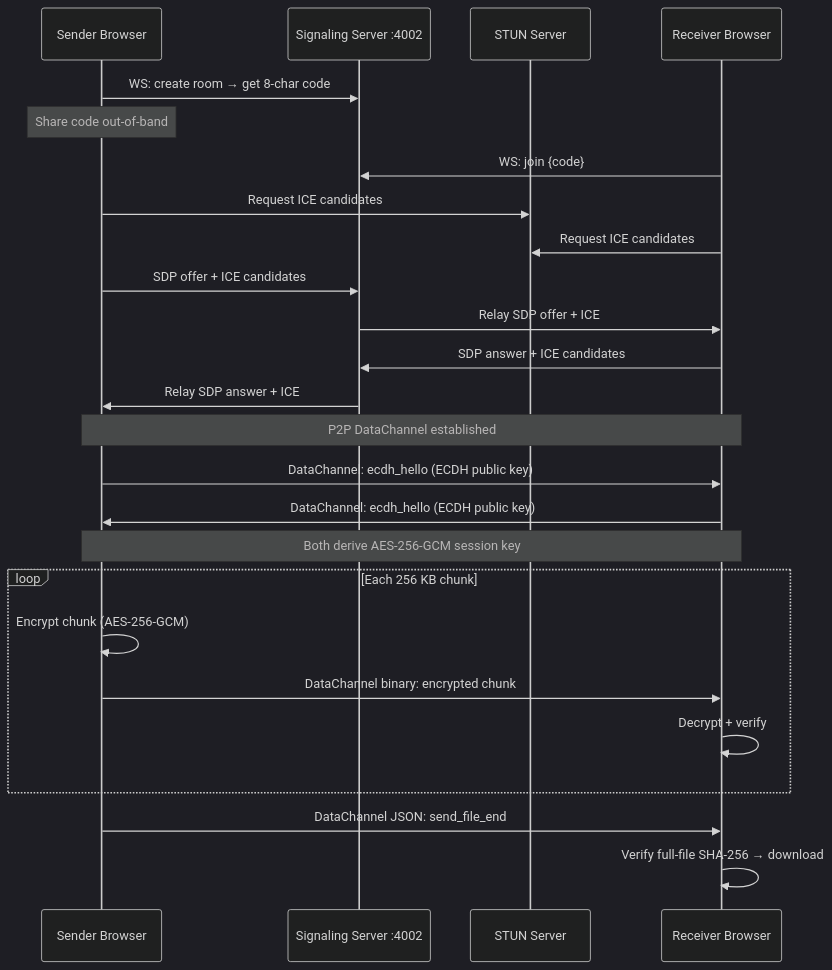
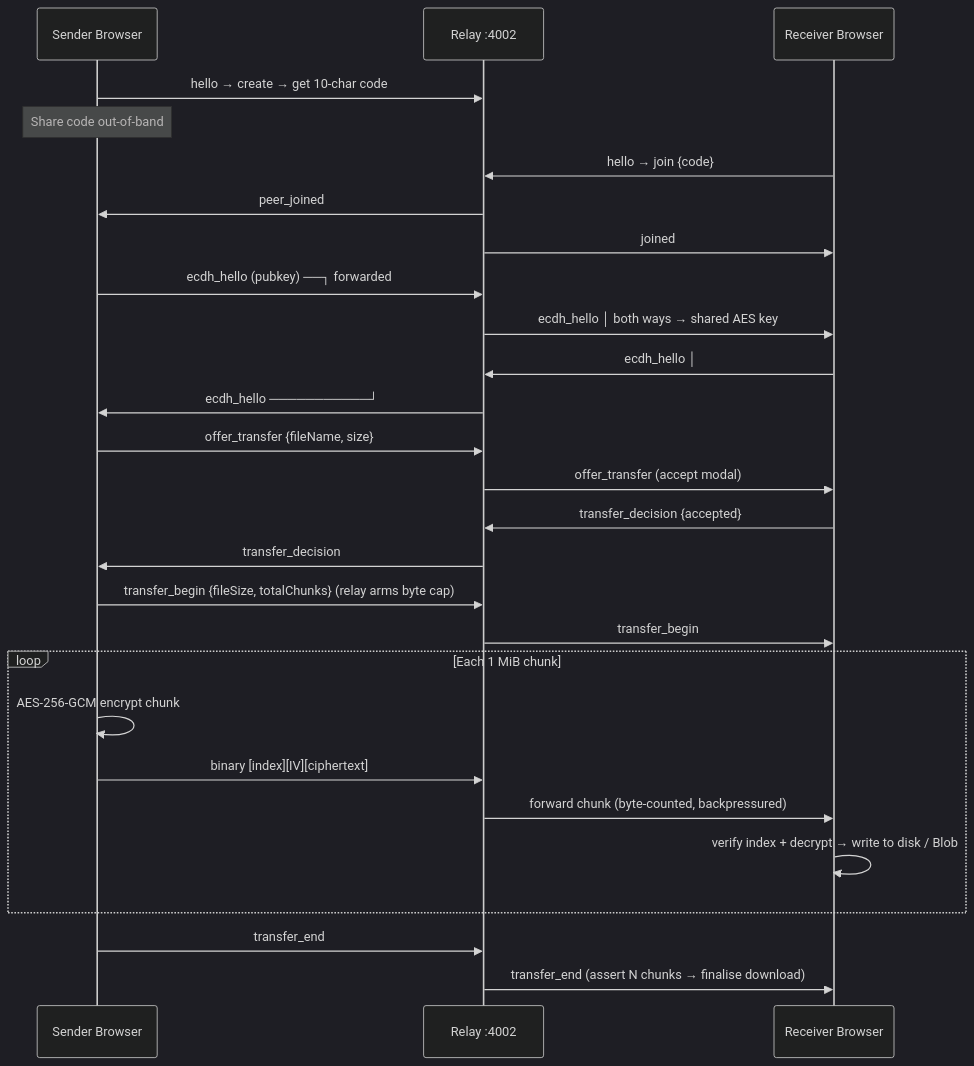
One commit to AbhishekKhot/NexDrop changed the second of 2 diagrams in README.md. Above: the diagram before and after it, drawn with Mermaid (dark theme). The commit also changed other lines of this file and 31 other files, not shown here.

````diff
--- a/README.md
+++ b/README.md
@@ -177,31 +183,33 @@
 ```mermaid
 sequenceDiagram
     participant S as Sender Browser
-    participant Sig as Signaling Server :4002
-    participant STUN as STUN Server
-    participant R as Receiver Browser
+    participant R as Relay :4002
+    participant T as Receiver Browser
 
-    S->>Sig: WS: create room → get 8-char code
+    S->>R: hello → create → get 10-char code
     Note over S: Share code out-of-band
-    R->>Sig: WS: join {code}
-    S->>STUN: Request ICE candidates
-    R->>STUN: Request ICE candidates
-    S->>Sig: SDP offer + ICE candidates
-    Sig->>R: Relay SDP offer + ICE
-    R->>Sig: SDP answer + ICE candidates
-    Sig->>S: Relay SDP answer + ICE
+    T->>R: hello → join {code}
+    R->>S: peer_joined
+    R->>T: joined
 
-    Note over S,R: P2P DataChannel established
+    S->>R: ecdh_hello (pubkey) ──┐ forwarded
+    R->>T: ecdh_hello            │ both ways → shared AES key
+    T->>R: ecdh_hello            │
+    R->>S: ecdh_hello ───────────┘
 
-    S->>R: DataChannel: ecdh_hello (ECDH public key)
-    R->>S: DataChannel: ecdh_hello (ECDH public key)
-    Note over S,R: Both derive AES-256-GCM session key
+    S->>R: offer_transfer {fileName, size}
+    R->>T: offer_transfer  (accept modal)
+    T->>R: transfer_decision {accepted}
+    R->>S: transfer_decision
+    S->>R: transfer_begin {fileSize, totalChunks}  (relay arms byte cap)
+    R->>T: transfer_begin
 
-    loop Each 256 KB chunk
-        S->>S: Encrypt chunk (AES-256-GCM)
-        S->>R: DataChannel binary: encrypted chunk
-        R->>R: Decrypt + verify
+    loop Each 1 MiB chunk
+        S->>S: AES-256-GCM encrypt chunk
+        S->>R: binary [index][IV][ciphertext]
+        R->>T: forward chunk (byte-counted, backpressured)
+        T->>T: verify index + decrypt → write to disk / Blob
     end
-    S->>R: DataChannel JSON: send_file_end
-    R->>R: Verify full-file SHA-256 → download
+    S->>R: transfer_end
+    R->>T: transfer_end  (assert N chunks → finalise download)
 ```
````
